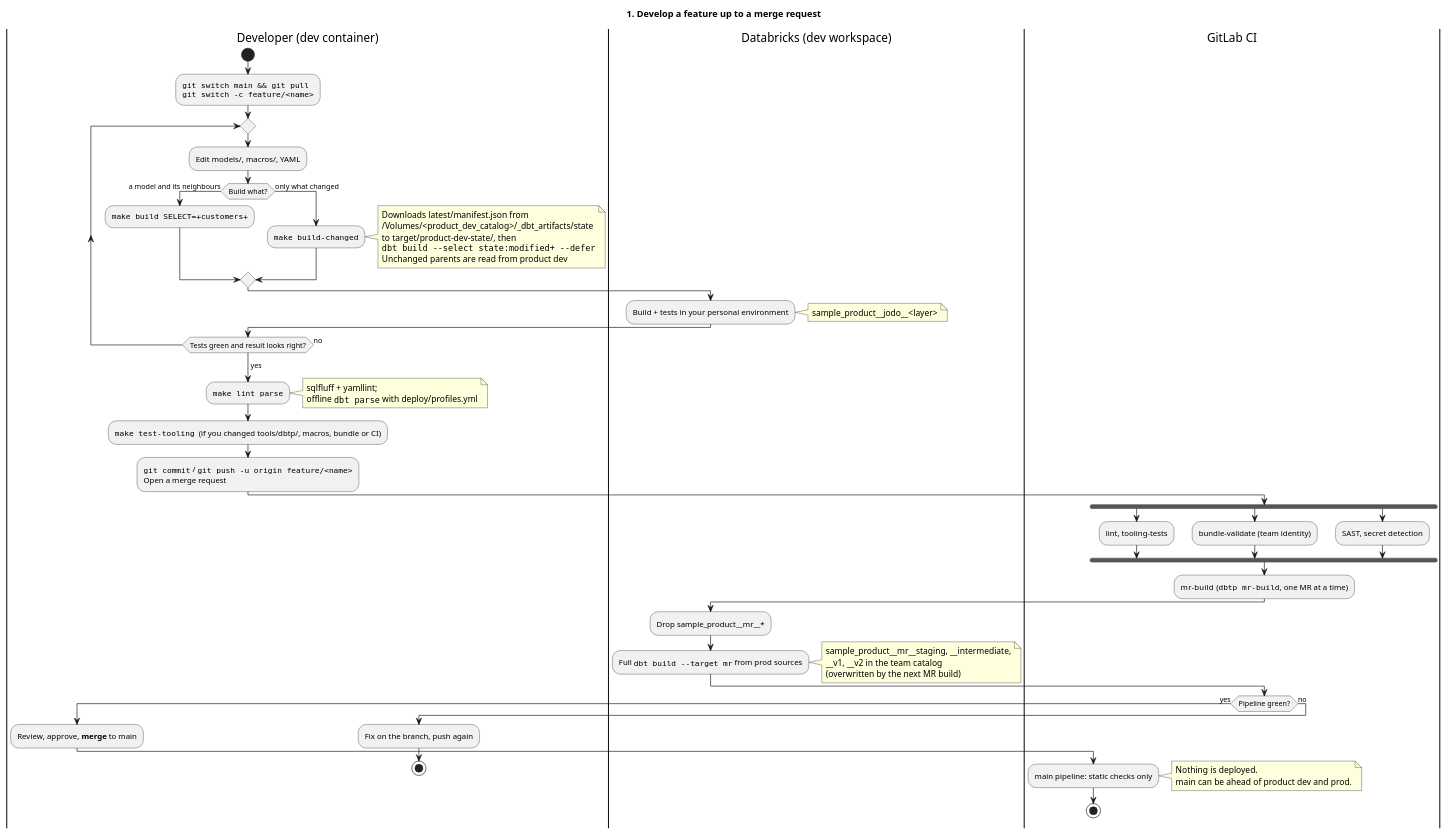
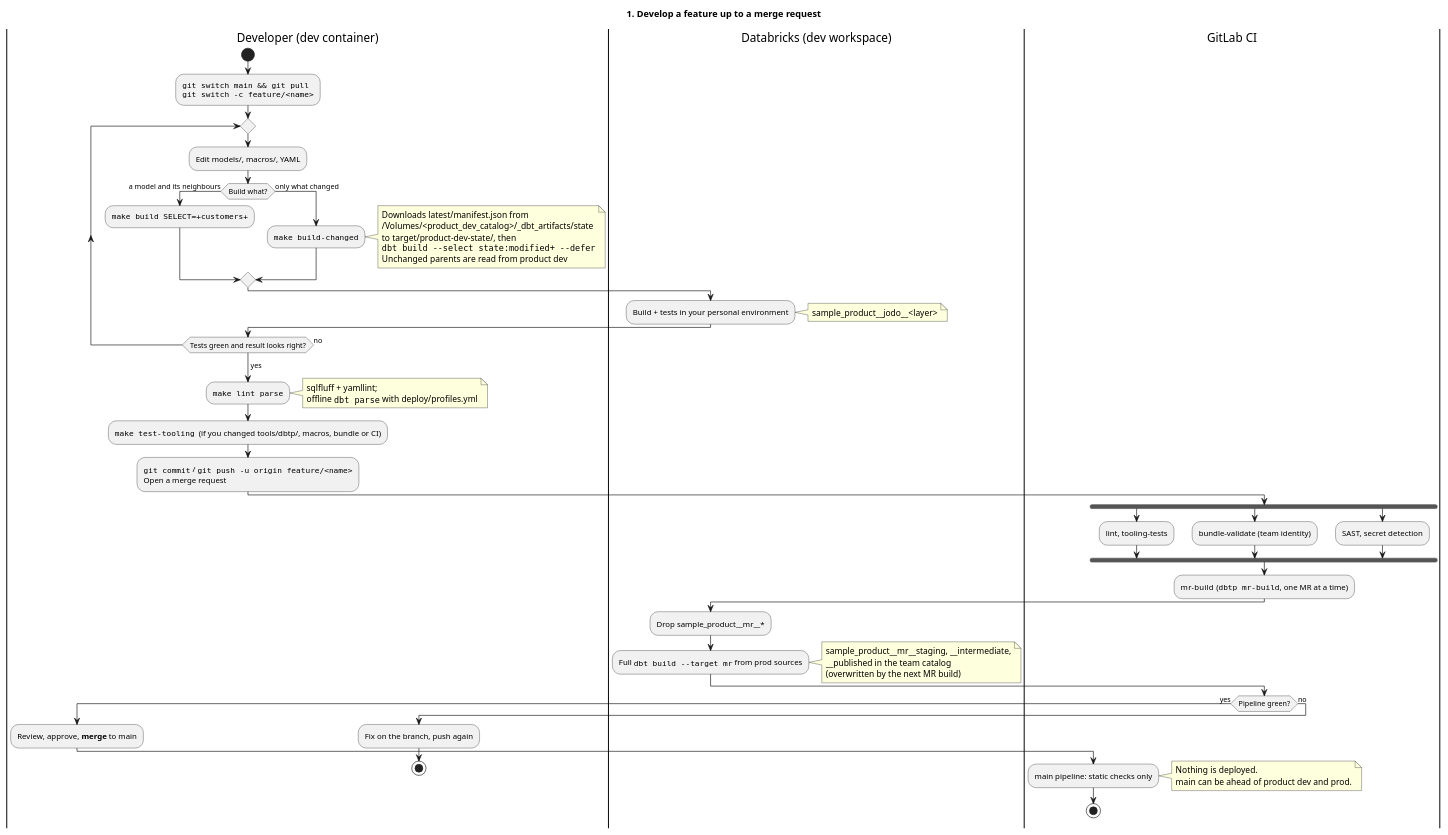
The diagram in docs/diagrams/workflow-1-feature.puml (PeterHenell/dbt-databricks-template), drawn with PlantUML before and after one commit. The commit also changed 26 other files, not shown here.

```diff
--- a/docs/diagrams/workflow-1-feature.puml
+++ b/docs/diagrams/workflow-1-feature.puml
@@ -1,71 +1,71 @@
 @startuml workflow-1-feature
 title 1. Develop a feature up to a merge request
 
 |Developer (dev container)|
 start
 :""git switch main && git pull""
 ""git switch -c feature/<name>"";
 repeat
   :Edit models/, macros/, YAML;
   if (Build what?) then (a model and its neighbours)
     :""make build SELECT=+customers+"";
   else (only what changed)
     :""make build-changed"";
     note right
       Downloads latest/manifest.json from
       /Volumes/<product_dev_catalog>/_dbt_artifacts/state
       to target/product-dev-state/, then
       ""dbt build ~--select state:modified+ ~--defer""
       Unchanged parents are read from product dev
     end note
   endif
   |Databricks (dev workspace)|
   :Build + tests in your personal environment;
   note right
     sample_product~__jodo~__<layer>
   end note
   |Developer (dev container)|
 repeat while (Tests green and result looks right?) is (no)
 ->yes;
 :""make lint parse"";
 note right
   sqlfluff + yamllint;
   offline ""dbt parse"" with deploy/profiles.yml
 end note
 :""make test-tooling""  (if you changed tools/dbtp/, macros, bundle or CI);
 :""git commit"" / ""git push -u origin feature/<name>""
 Open a merge request;
 |GitLab CI|
 fork
   :lint, tooling-tests;
 fork again
   :bundle-validate (team identity);
 fork again
   :SAST, secret detection;
 end fork
 :mr-build  (""dbtp mr-build"", one MR at a time);
 |Databricks (dev workspace)|
 :Drop sample_product~__mr~__*;
 :Full ""dbt build ~--target mr"" from prod sources;
 note right
   sample_product~__mr~__staging, ~__intermediate,
-  ~__v1, ~__v2 in the team catalog
+  ~__published in the team catalog
   (overwritten by the next MR build)
 end note
 |GitLab CI|
 if (Pipeline green?) then (yes)
   |Developer (dev container)|
   :Review, approve, **merge** to main;
   |GitLab CI|
   :main pipeline: static checks only;
   note right
     Nothing is deployed.
     main can be ahead of product dev and prod.
   end note
   stop
 else (no)
   |Developer (dev container)|
   :Fix on the branch, push again;
   stop
 endif
 @enduml
```
